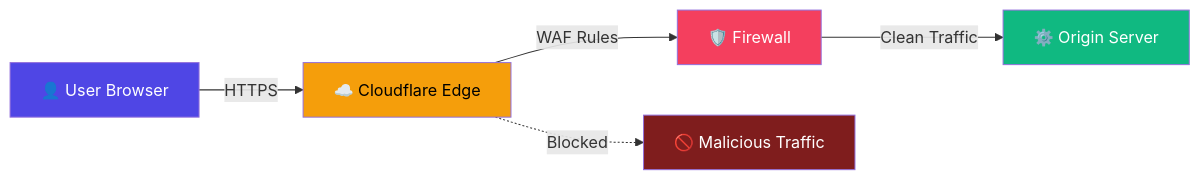
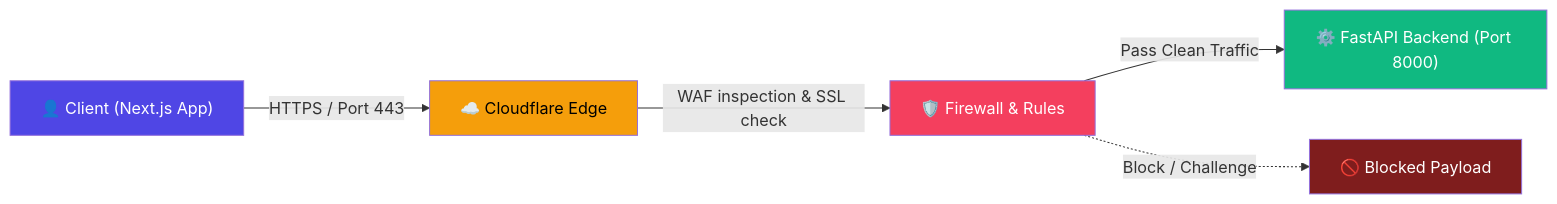
One commit to algorithnicmind/Bookflow-management changed the second of 3 diagrams in docs/09-TRD.md. Above: the diagram before and after it, drawn with Mermaid. The commit also changed other lines of this file and 3 other files, not shown here.

Commit message:
feat: implement FastAPI-based authentication system with JWT, role-based access control, and database models.

````diff
--- a/docs/09-TRD.md
+++ b/docs/09-TRD.md
@@ -108,14 +107,13 @@
 ```mermaid
 graph LR
-    User["👤 User Browser"] -->|HTTPS| CF["☁️ Cloudflare Edge"]
-    CF -->|WAF Rules| WAF["🛡️ Firewall"]
-    WAF -->|Clean Traffic| Origin["⚙️ Origin Server"]
-    
-    CF -.->|Blocked| Block["🚫 Malicious Traffic"]
+    User["👤 Client (Next.js App)"] -->|HTTPS / Port 443| CF["☁️ Cloudflare Edge"]
+    CF -->|WAF inspection & SSL check| WAF["🛡️ Firewall & Rules"]
+    WAF -->|Pass Clean Traffic| FastAPI["⚙️ FastAPI Backend (Port 8000)"]
+    WAF -.->|Block / Challenge| Drop["🚫 Blocked Payload"]
     
     style User fill:#4F46E5,color:#fff
     style CF fill:#F59E0B,color:#000
     style WAF fill:#F43F5E,color:#fff
-    style Origin fill:#10B981,color:#fff
-    style Block fill:#7f1d1d,color:#fff
+    style FastAPI fill:#10B981,color:#fff
+    style Drop fill:#7f1d1d,color:#fff
 ```
````
